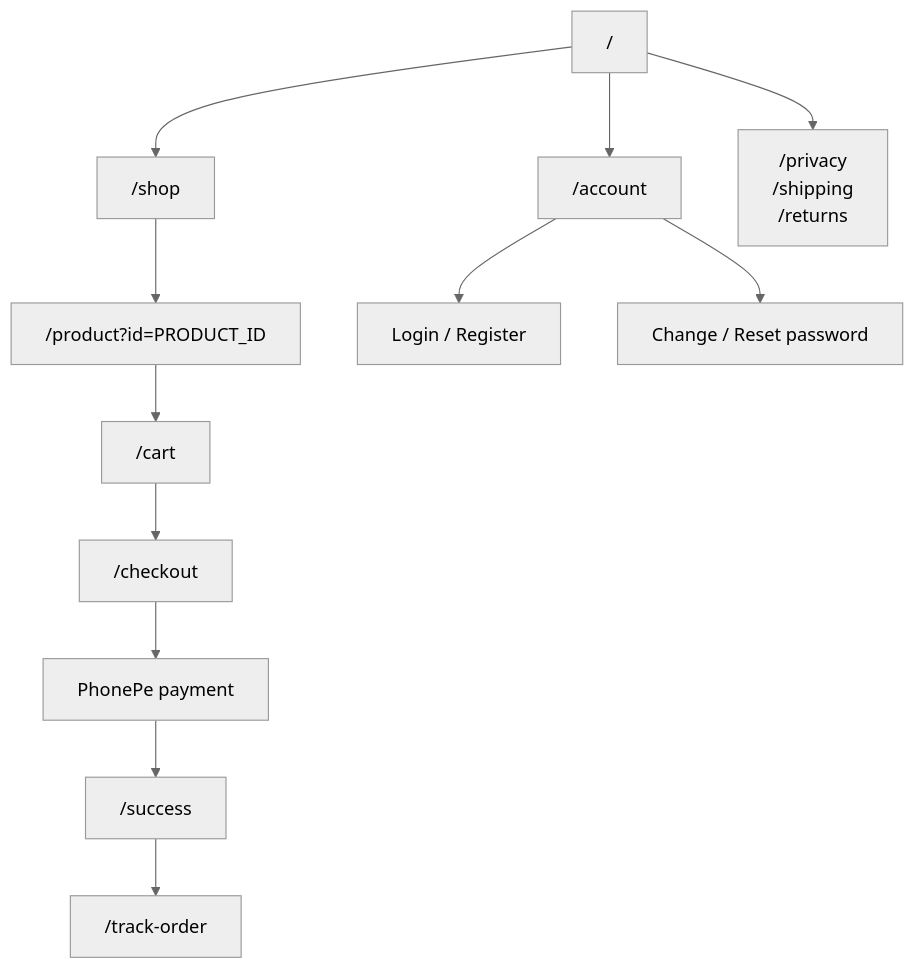
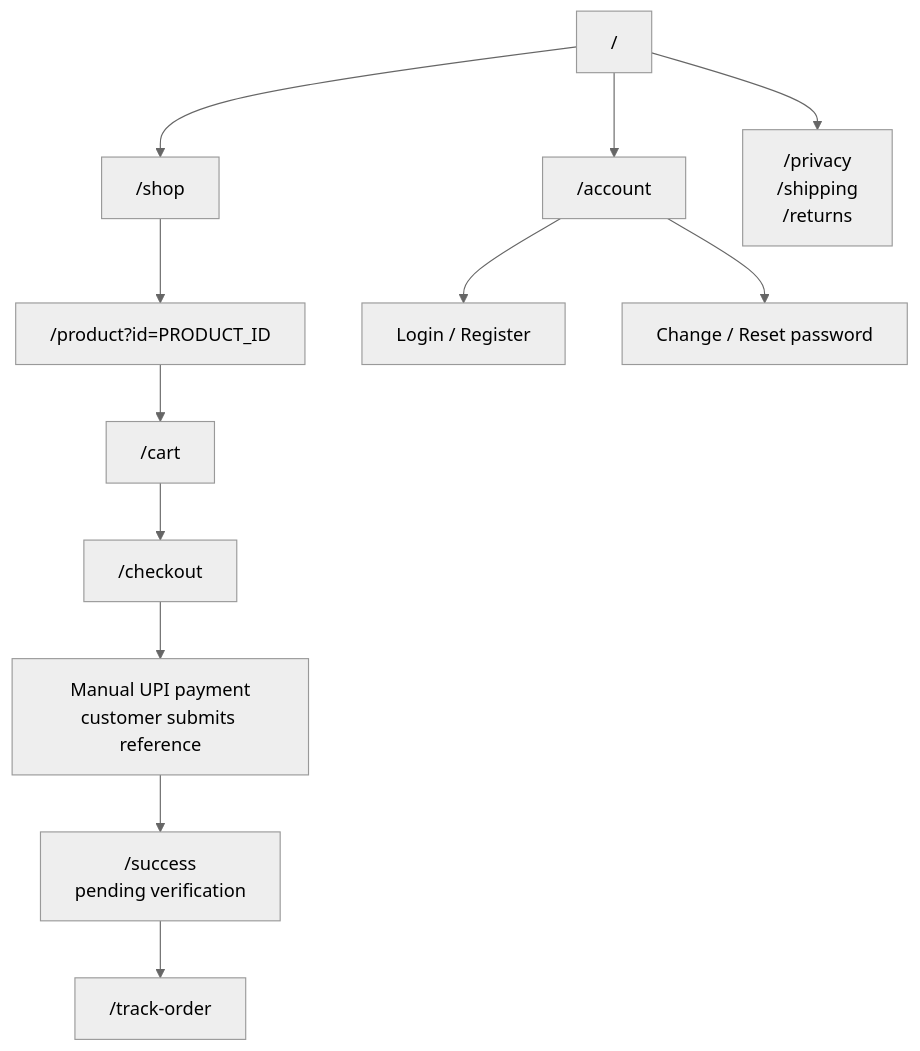
The second of 18 diagrams in ADMIN_USER_GUIDE.md (nikacreations0927/NikaArtStudio), drawn with Mermaid (neutral theme) before and after one commit. The commit also changed other lines of this file and 13 other files, not shown here.

Commit message:
Switch checkout to manual UPI verification

````diff
--- a/ADMIN_USER_GUIDE.md
+++ b/ADMIN_USER_GUIDE.md
@@ -40,15 +40,15 @@
 ```mermaid
 flowchart TD
   Home["/"] --> Shop["/shop"]
   Shop --> Product["/product?id=PRODUCT_ID"]
   Product --> Cart["/cart"]
   Cart --> Checkout["/checkout"]
-  Checkout --> PhonePe["PhonePe payment"]
-  PhonePe --> Success["/success"]
+  Checkout --> UPI["Manual UPI payment<br/>customer submits reference"]
+  UPI --> Success["/success<br/>pending verification"]
   Success --> Track["/track-order"]
 
   Home --> Account["/account"]
   Account --> Login["Login / Register"]
   Account --> Password["Change / Reset password"]
   Home --> Policies["/privacy<br/>/shipping<br/>/returns"]
 ```
````
